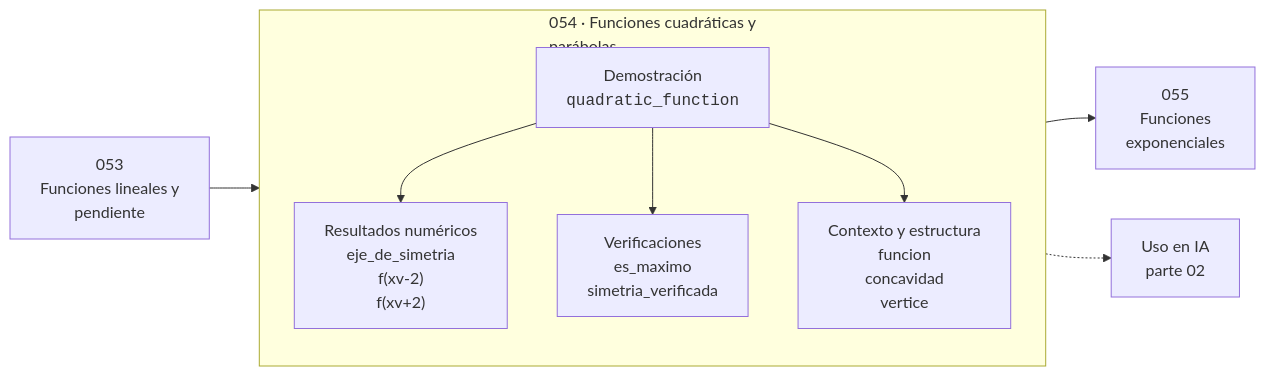
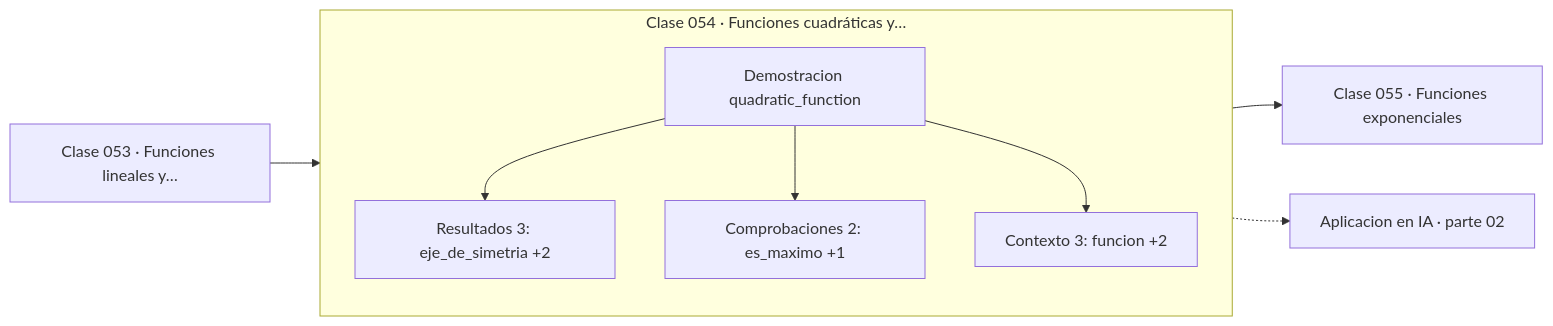
The diagram in classes/part-02-algebra-y-funciones/054-funciones-cuadraticas-y-parabolas/README.md (vladimiracunadev-create/computational-mathematics-program), drawn with Mermaid before and after one commit. The commit also changed 389 other files, not shown here.

First line of the commit message:
fix(diagramas): elimina el HTML de las etiquetas Mermaid

````diff
--- a/classes/part-02-algebra-y-funciones/054-funciones-cuadraticas-y-parabolas/README.md
+++ b/classes/part-02-algebra-y-funciones/054-funciones-cuadraticas-y-parabolas/README.md
@@ -35,12 +35,13 @@
 ```mermaid
 flowchart LR
-    P["053<br/>Funciones lineales y<br/>pendiente"] --> C
-    subgraph C["054 · Funciones cuadráticas y<br/>parábolas"]
+    P["Clase 053 · Funciones lineales y…"] --> D
+    subgraph CLASE["Clase 054 · Funciones cuadráticas y…"]
         direction TB
-        D["Demostración<br/><code>quadratic_function</code>"] --> R["Resultados numéricos<br/>eje_de_simetria<br/>f(xv-2)<br/>f(xv+2)"]
-        D --> V["Verificaciones<br/>es_maximo<br/>simetria_verificada"]
-        D --> O["Contexto y estructura<br/>funcion<br/>concavidad<br/>vertice"]
+        D["Demostracion quadratic_function"]
+        D --> R["Resultados 3: eje_de_simetria +2"]
+        D --> V["Comprobaciones 2: es_maximo +1"]
+        D --> O["Contexto 3: funcion +2"]
     end
-    C --> N["055<br/>Funciones<br/>exponenciales"]
-    C -.-> IA["Uso en IA<br/>parte 02"]
+    R --> N["Clase 055 · Funciones exponenciales"]
+    V -.-> IA["Aplicacion en IA · parte 02"]
 ```
````
